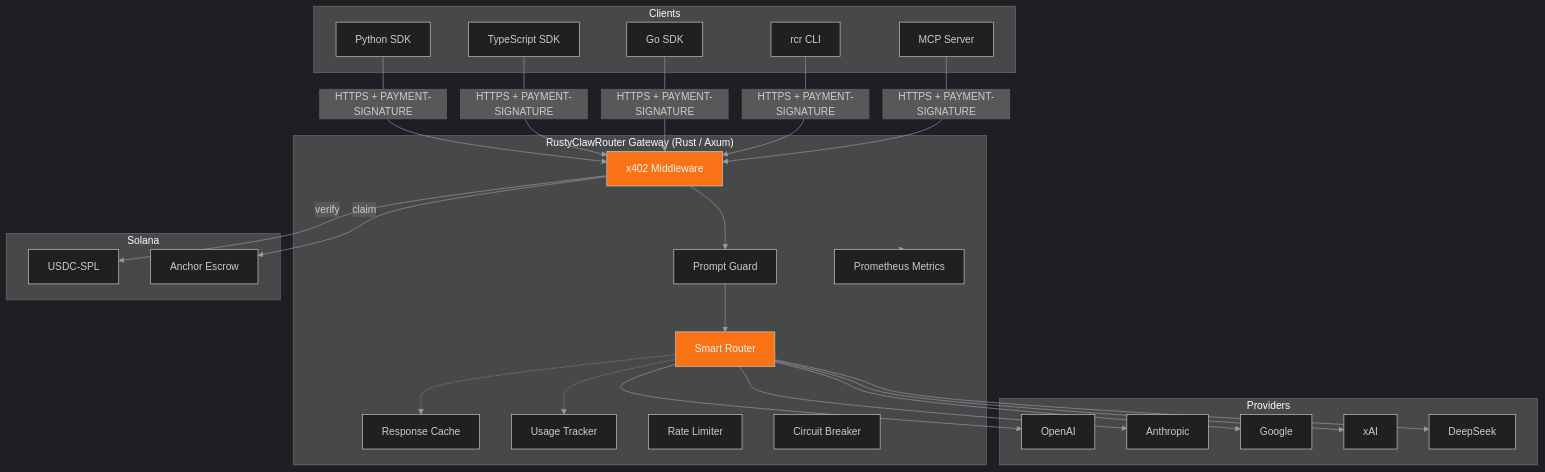
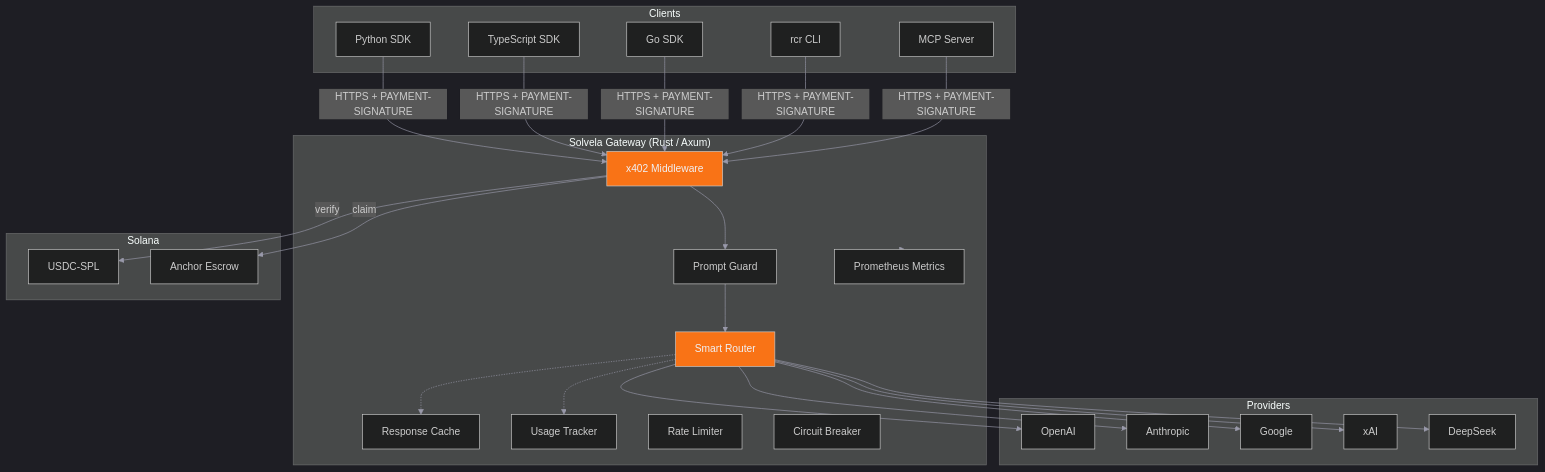
The diagram in docs/book/src/introduction.md (solvela-ai/solvela), drawn with Mermaid before and after one commit. The commit also changed other lines of this file and 61 other files, not shown here.

````diff
--- a/docs/book/src/introduction.md
+++ b/docs/book/src/introduction.md
@@ -18,47 +18,47 @@
 ```mermaid
 %%{init: {'theme': 'dark', 'themeVariables': {'primaryColor': '#F97316', 'primaryTextColor': '#F0F0F4', 'primaryBorderColor': '#F97316', 'lineColor': '#9999AA', 'secondaryColor': '#2a2a2a', 'tertiaryColor': '#1a1a1a'}}}%%
 graph TB
     subgraph Clients
         PY[Python SDK]
         TS[TypeScript SDK]
         GO[Go SDK]
         CLI[rcr CLI]
         MCP[MCP Server]
     end
 
-    subgraph Gateway["RustyClawRouter Gateway (Rust / Axum)"]
+    subgraph Gateway["Solvela Gateway (Rust / Axum)"]
         MW[x402 Middleware]
         PG[Prompt Guard]
         SR[Smart Router]
         RC[Response Cache]
         UT[Usage Tracker]
         RL[Rate Limiter]
         CB[Circuit Breaker]
         PM[Prometheus Metrics]
     end
 
     subgraph Providers
         OAI[OpenAI]
         ANT[Anthropic]
         GOO[Google]
         XAI[xAI]
         DS[DeepSeek]
     end
 
     subgraph Solana
         USDC[USDC-SPL]
         ESC[Anchor Escrow]
     end
 
     PY & TS & GO & CLI & MCP -->|"HTTPS + PAYMENT-SIGNATURE"| MW
     MW --> PG --> SR
     SR --> OAI & ANT & GOO & XAI & DS
     MW -->|"verify"| USDC
     MW -->|"claim"| ESC
     SR -.-> RC
     SR -.-> UT
     Gateway -.-> PM
 
     style MW fill:#F97316,color:#F0F0F4
     style SR fill:#F97316,color:#F0F0F4
 ```
````
